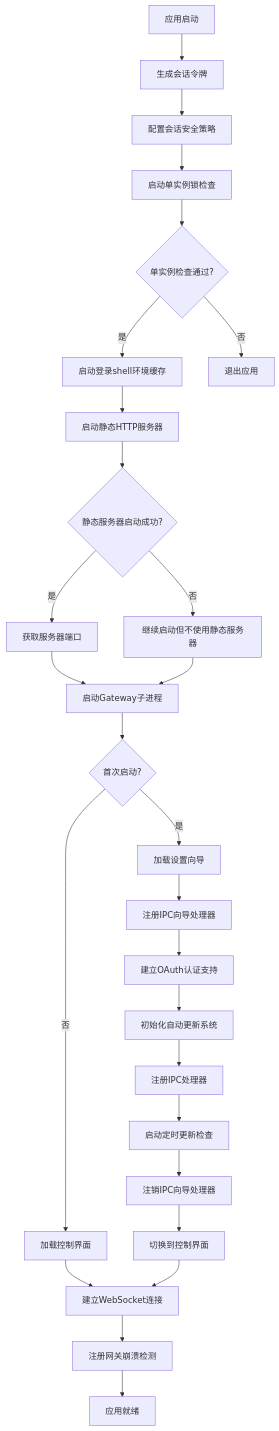
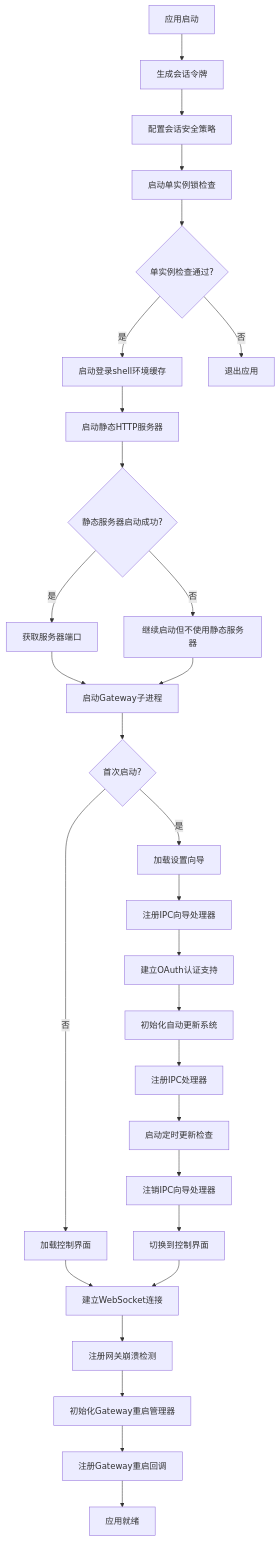
Before and after one commit to verse-ai-org/openclaw: the fourth of 49 diagrams in .qoder/repowiki/zh/content/核心概念/Electron应用增强.md, drawn with Mermaid. The commit also changed other lines of this file and 40 other files, not shown here.

````diff
--- a/.qoder/repowiki/zh/content/核心概念/Electron应用增强.md
+++ b/.qoder/repowiki/zh/content/核心概念/Electron应用增强.md
@@ -419,29 +475,31 @@
 ```mermaid
 flowchart TD
 A[应用启动] --> B[生成会话令牌]
 B --> C[配置会话安全策略]
 C --> D[启动单实例锁检查]
 D --> E{单实例检查通过?}
 E --> |是| F[启动登录shell环境缓存]
 E --> |否| G[退出应用]
 F --> H[启动静态HTTP服务器]
 H --> I{静态服务器启动成功?}
 I --> |是| J[获取服务器端口]
 I --> |否| K[继续启动但不使用静态服务器]
 J --> L[启动Gateway子进程]
 K --> L
 L --> M{首次启动?}
 M --> |是| N[加载设置向导]
 M --> |否| O[加载控制界面]
 N --> P[注册IPC向导处理器]
 P --> Q[建立OAuth认证支持]
 Q --> R[初始化自动更新系统]
 R --> S[注册IPC处理器]
 S --> T[启动定时更新检查]
 T --> U[注销IPC向导处理器]
 U --> V[切换到控制界面]
 O --> W[建立WebSocket连接]
 V --> W
 W --> X[注册网关崩溃检测]
-X --> Y[应用就绪]
+X --> Y[初始化Gateway重启管理器]
+Y --> Z[注册Gateway重启回调]
+Z --> AA[应用就绪]
 ```
````
